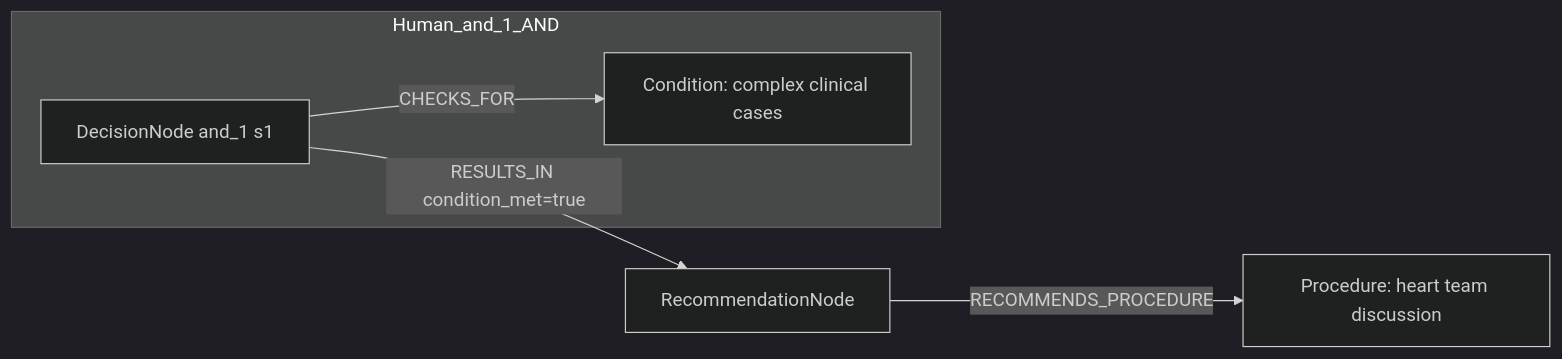
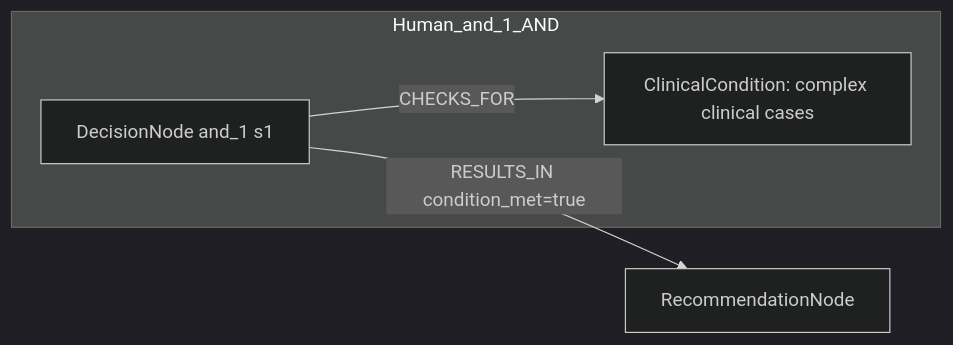
Before and after one commit to dieterich-lab/CardioGuidelinesGraph: the first of 2 diagrams in docs/table22_rows_comparison/row_02.md, drawn with Mermaid (dark theme). The commit also changed other lines of this file and 20 other files, not shown here.

````diff
--- a/docs/table22_rows_comparison/row_02.md
+++ b/docs/table22_rows_comparison/row_02.md
@@ -154,12 +109,10 @@
 ```mermaid
 graph LR
   REC[RecommendationNode]
-  ACT1[Procedure: heart team discussion]
-  REC -->|RECOMMENDS_PROCEDURE| ACT1
   subgraph Human_and_1_AND
     D_and_1_1[DecisionNode and_1 s1]
-    C_and_1_1[Condition: complex clinical cases]
+    C_and_1_1[ClinicalCondition: complex clinical cases]
     D_and_1_1 -->|CHECKS_FOR| C_and_1_1
   end
   D_and_1_1 -->|RESULTS_IN condition_met=true| REC
 ```
````
